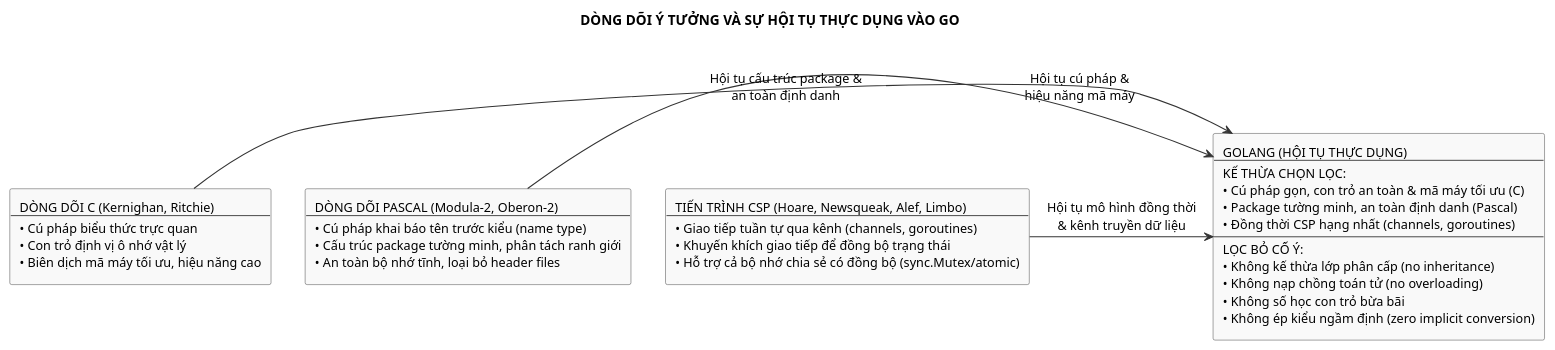
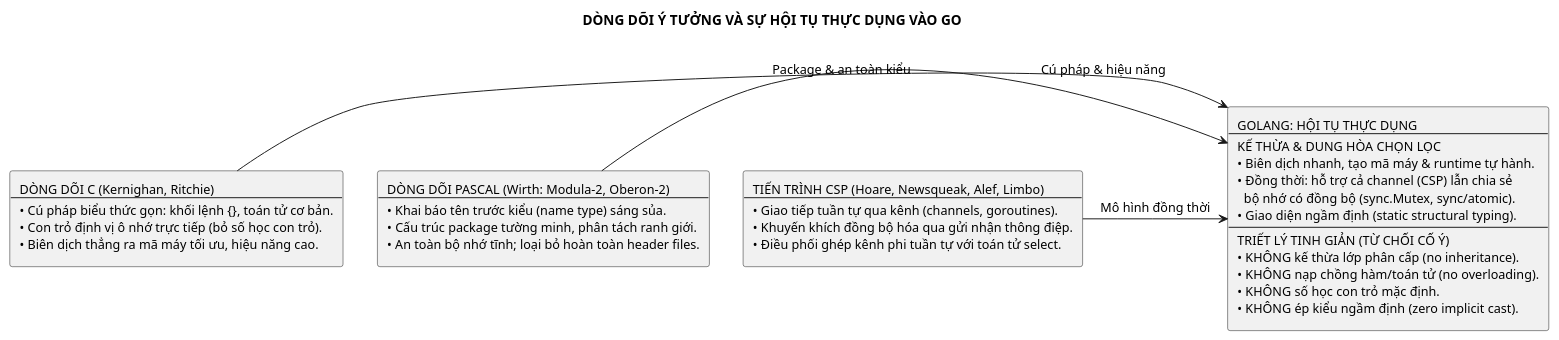
One commit to Minhlike/Golang changed the diagram in assets/diagrams/go-idea-lineage.puml. Above: the diagram before and after it, drawn with PlantUML. The commit also changed 13 other files, not shown here.

Commit message:
fix(diagrams): repair visual collisions in Figures 1-6 and enforce Matplotlib glyph bbox/border audit

```diff
--- a/assets/diagrams/go-idea-lineage.puml
+++ b/assets/diagrams/go-idea-lineage.puml
@@ -1,31 +1,19 @@
 @startuml
+' AUTHORITATIVE SOURCE OF TRUTH: scripts/render_figures_1_6.py
+' Auto-synchronized from the canonical specification in scripts/render_figures_1_6.py.
 skinparam backgroundColor white
 skinparam shadowing false
 skinparam defaultFontName "Source Sans 3"
 skinparam defaultFontSize 13
 skinparam defaultFontColor #000000
-
-skinparam rectangle {
-  BackgroundColor #F9F9F9
-  BorderColor #444444
-  FontColor #000000
-  RoundCorner 4
-}
-
-skinparam arrowColor #333333
-skinparam ArrowThickness 1.1
-
 title DÒNG DÕI Ý TƯỞNG VÀ SỰ HỘI TỤ THỰC DỤNG VÀO GO
 
-rectangle "DÒNG DÕI C (Kernighan, Ritchie)\n---\n• Cú pháp biểu thức trực quan\n• Con trỏ định vị ô nhớ vật lý\n• Biên dịch mã máy tối ưu, hiệu năng cao" as C_Lang
+rectangle "DÒNG DÕI C (Kernighan, Ritchie)\n---\n• Cú pháp biểu thức gọn: khối lệnh {}, toán tử cơ bản.\n• Con trỏ định vị ô nhớ trực tiếp (bỏ số học con trỏ).\n• Biên dịch thẳng ra mã máy tối ưu, hiệu năng cao." as C_Lang
+rectangle "DÒNG DÕI PASCAL (Wirth: Modula-2, Oberon-2)\n---\n• Khai báo tên trước kiểu (name type) sáng sủa.\n• Cấu trúc package tường minh, phân tách ranh giới.\n• An toàn bộ nhớ tĩnh; loại bỏ hoàn toàn header files." as Pascal_Lang
+rectangle "TIẾN TRÌNH CSP (Hoare, Newsqueak, Alef, Limbo)\n---\n• Giao tiếp tuần tự qua kênh (channels, goroutines).\n• Khuyến khích đồng bộ hóa qua gửi nhận thông điệp.\n• Điều phối ghép kênh phi tuần tự với toán tử select." as CSP_Lang
+rectangle "GOLANG: HỘI TỤ THỰC DỤNG\n---\nKẾ THỪA & DUNG HÒA CHỌN LỌC\n• Biên dịch nhanh, tạo mã máy & runtime tự hành.\n• Đồng thời: hỗ trợ cả channel (CSP) lẫn chia sẻ\n  bộ nhớ có đồng bộ (sync.Mutex, sync/atomic).\n• Giao diện ngầm định (static structural typing).\n---\nTRIẾT LÝ TINH GIẢN (TỪ CHỐI CỐ Ý)\n• KHÔNG kế thừa lớp phân cấp (no inheritance).\n• KHÔNG nạp chồng hàm/toán tử (no overloading).\n• KHÔNG số học con trỏ mặc định.\n• KHÔNG ép kiểu ngầm định (zero implicit cast)." as Go_Lang
 
-rectangle "DÒNG DÕI PASCAL (Modula-2, Oberon-2)\n---\n• Cú pháp khai báo tên trước kiểu (name type)\n• Cấu trúc package tường minh, phân tách ranh giới\n• An toàn bộ nhớ tĩnh, loại bỏ header files" as Pascal_Lang
-
-rectangle "TIẾN TRÌNH CSP (Hoare, Newsqueak, Alef, Limbo)\n---\n• Giao tiếp tuần tự qua kênh (channels, goroutines)\n• Khuyến khích giao tiếp để đồng bộ trạng thái\n• Hỗ trợ cả bộ nhớ chia sẻ có đồng bộ (sync.Mutex/atomic)" as CSP_Lang
-
-rectangle "GOLANG (HỘI TỤ THỰC DỤNG)\n---\nKẾ THỪA CHỌN LỌC:\n• Cú pháp gọn, con trỏ an toàn & mã máy tối ưu (C)\n• Package tường minh, an toàn định danh (Pascal)\n• Đồng thời CSP hạng nhất (channels, goroutines)\n---\nLỌC BỎ CỐ Ý:\n• Không kế thừa lớp phân cấp (no inheritance)\n• Không nạp chồng toán tử (no overloading)\n• Không số học con trỏ bừa bãi\n• Không ép kiểu ngầm định (zero implicit conversion)" as Go_Lang
-
-C_Lang -right-> Go_Lang : Hội tụ cú pháp &\nhiệu năng mã máy
-Pascal_Lang -right-> Go_Lang : Hội tụ cấu trúc package &\nan toàn định danh
-CSP_Lang -right-> Go_Lang : Hội tụ mô hình đồng thời\n& kênh truyền dữ liệu
+C_Lang -right-> Go_Lang : Cú pháp & hiệu năng
+Pascal_Lang -right-> Go_Lang : Package & an toàn kiểu
+CSP_Lang -right-> Go_Lang : Mô hình đồng thời
 @enduml
```
